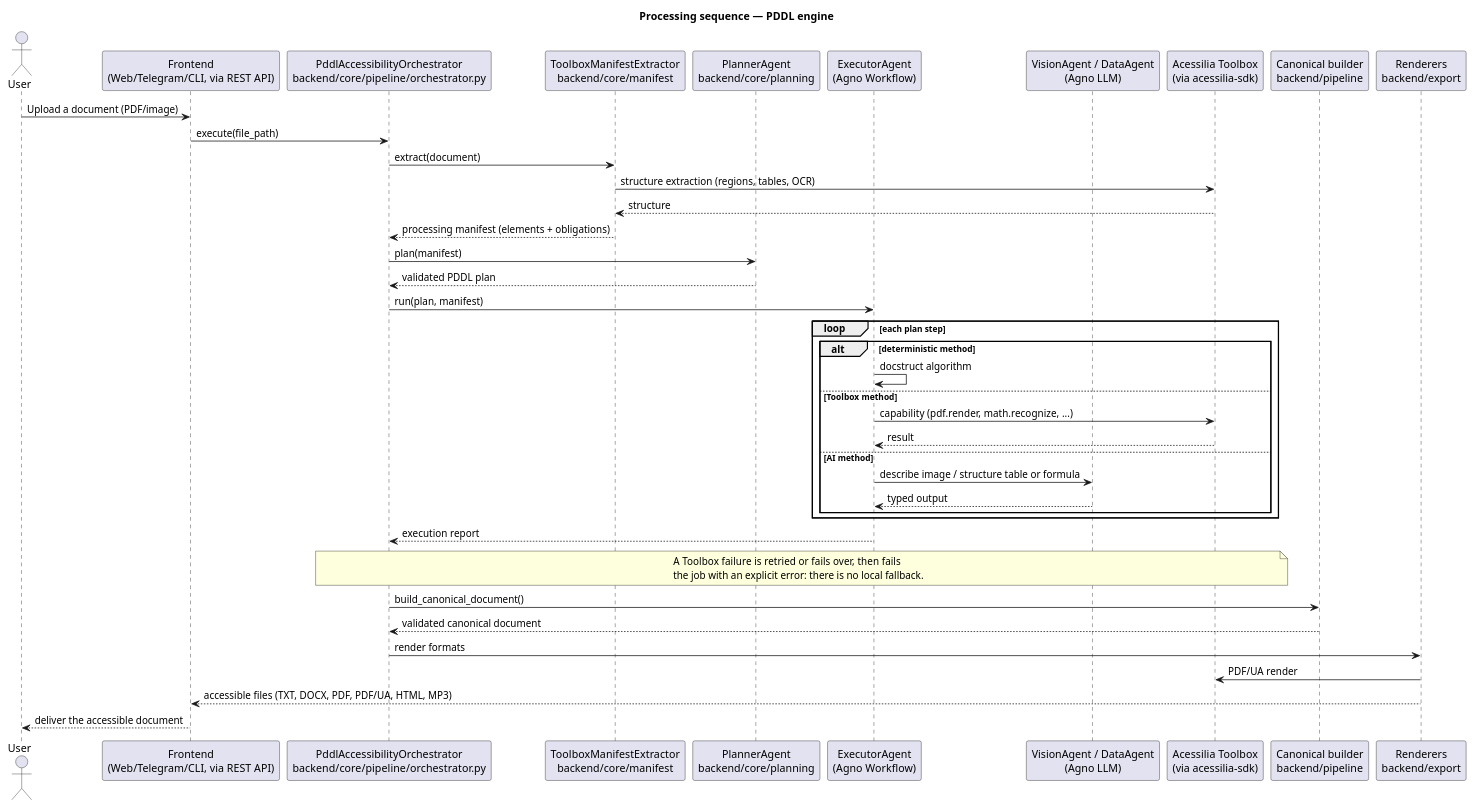
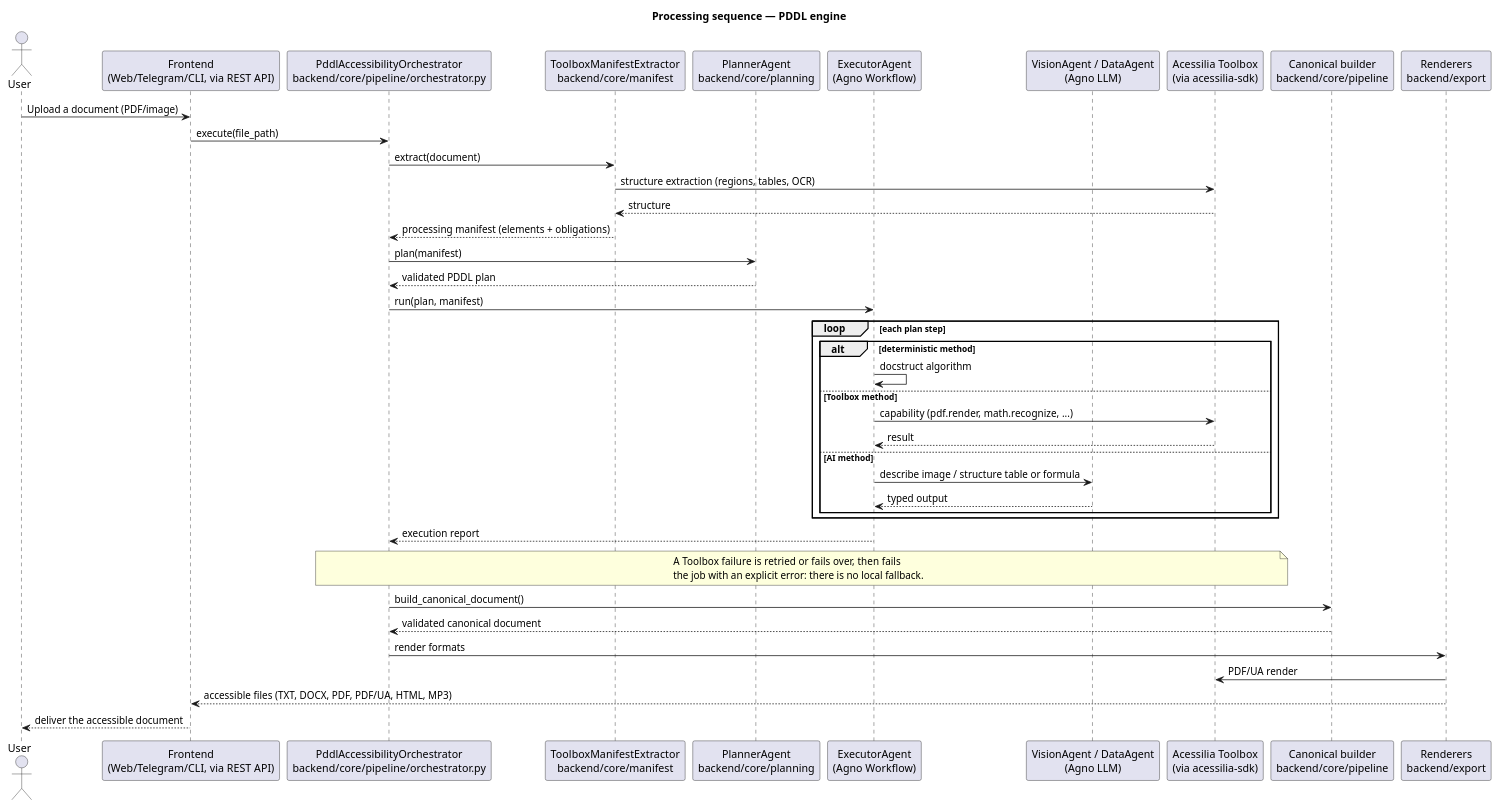
Before and after one commit to A11yDevs/acessilia: the diagram in docs/sequence/document_processing_sequence.puml, drawn with PlantUML. The commit also changed 9 other files, not shown here.

First line of the commit message:
docs(core): address the review of the backend/pipeline move

```diff
--- a/docs/sequence/document_processing_sequence.puml
+++ b/docs/sequence/document_processing_sequence.puml
@@ -1,55 +1,55 @@
 @startuml document_processing_sequence
 skinparam shadowing false
 
 title Processing sequence — PDDL engine
 
 actor User
 participant "Frontend\n(Web/Telegram/CLI, via REST API)" as Front
 participant "PddlAccessibilityOrchestrator\nbackend/core/pipeline/orchestrator.py" as Orchestrator
 participant "ToolboxManifestExtractor\nbackend/core/manifest" as Manifest
 participant "PlannerAgent\nbackend/core/planning" as Planner
 participant "ExecutorAgent\n(Agno Workflow)" as Executor
 participant "VisionAgent / DataAgent\n(Agno LLM)" as Agents
 participant "Acessilia Toolbox\n(via acessilia-sdk)" as Toolbox
-participant "Canonical builder\nbackend/pipeline" as Builder
+participant "Canonical builder\nbackend/core/pipeline" as Builder
 participant "Renderers\nbackend/export" as Export
 
 User -> Front: Upload a document (PDF/image)
 Front -> Orchestrator: execute(file_path)
 
 Orchestrator -> Manifest: extract(document)
 Manifest -> Toolbox: structure extraction (regions, tables, OCR)
 Toolbox --> Manifest: structure
 Manifest --> Orchestrator: processing manifest (elements + obligations)
 
 Orchestrator -> Planner: plan(manifest)
 Planner --> Orchestrator: validated PDDL plan
 
 Orchestrator -> Executor: run(plan, manifest)
 loop each plan step
   alt deterministic method
     Executor -> Executor: docstruct algorithm
   else Toolbox method
     Executor -> Toolbox: capability (pdf.render, math.recognize, ...)
     Toolbox --> Executor: result
   else AI method
     Executor -> Agents: describe image / structure table or formula
     Agents --> Executor: typed output
   end
 end
 Executor --> Orchestrator: execution report
 
 note over Orchestrator, Toolbox
   A Toolbox failure is retried or fails over, then fails
   the job with an explicit error: there is no local fallback.
 end note
 
 Orchestrator -> Builder: build_canonical_document()
 Builder --> Orchestrator: validated canonical document
 
 Orchestrator -> Export: render formats
 Export -> Toolbox: PDF/UA render
 Export --> Front: accessible files (TXT, DOCX, PDF, PDF/UA, HTML, MP3)
 Front --> User: deliver the accessible document
 
 @enduml
```
